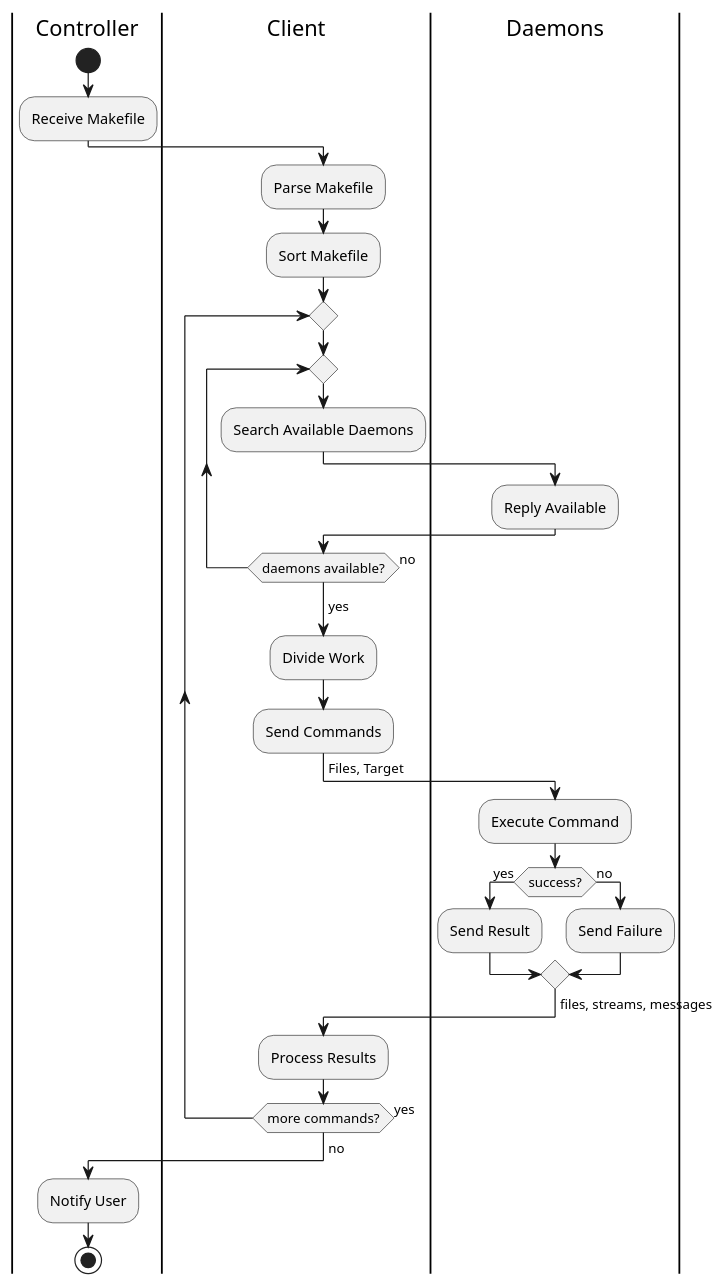
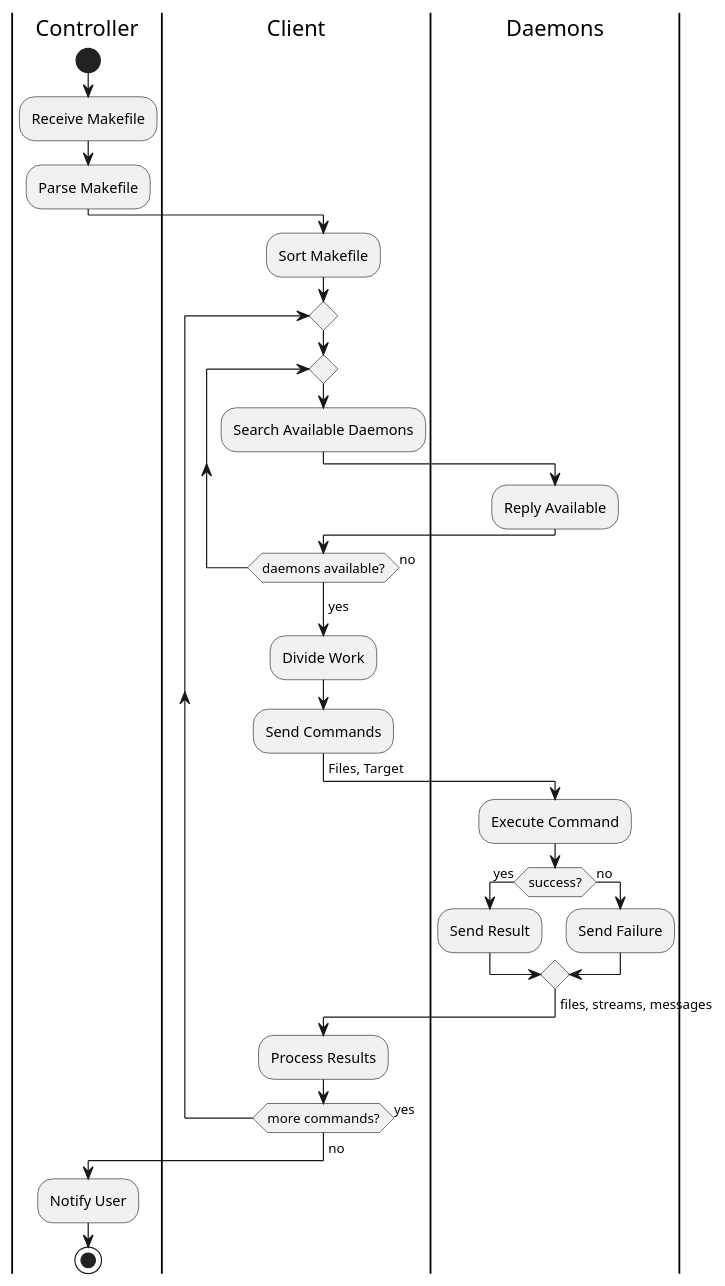
The diagram in Activity/activity.plantuml (cs130-w21/1), drawn with PlantUML before and after one commit. The commit also changed other lines of this file, not shown here.

Commit message:
Moved parsing Makefile from client to controller

```diff
--- a/Activity/activity.plantuml
+++ b/Activity/activity.plantuml
@@ -1,34 +1,34 @@
 @startuml
 |Controller|
 start
 :Receive Makefile;
+:Parse Makefile;
 |Client|
-:Parse Makefile;
 :Sort Makefile;
 repeat
 	repeat
 		:Search Available Daemons;
 		|Daemons|
 		:Reply Available;
 		|Client|
 	repeat while(daemons available?) is (no)
 	->yes;
 	:Divide Work;
 	:Send Commands;
 	->Files, Target;
 	|Daemons|
 	:Execute Command;
 	if (success?) then (yes)
 		:Send Result;
 	else (no)
 		:Send Failure;
 	endif
 	->files, streams, messages;
 	|Client|
 	:Process Results;
 repeat while(more commands?) is (yes)
 ->no;
 |Controller|
 :Notify User;
 stop
 @enduml
```
